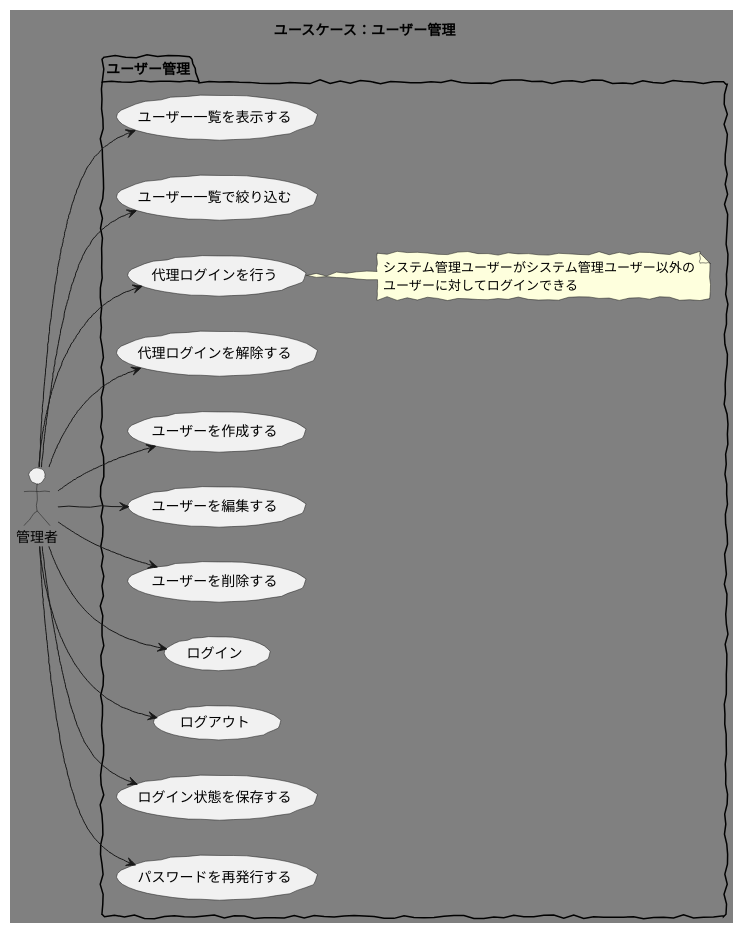
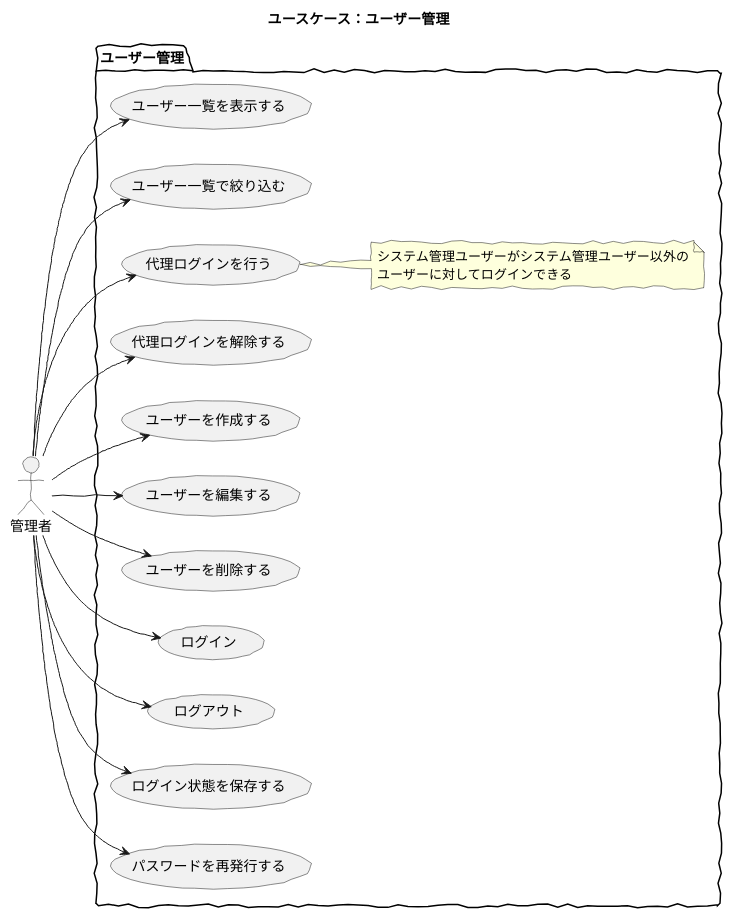
One commit to baserproject/baserproject.github.io changed the diagram in src/puml/5/ucmitz/svg/use_case/users.puml. Above: the diagram before and after it, drawn with PlantUML. The commit also changed 12 other files, not shown here.

```diff
--- a/src/puml/5/ucmitz/svg/use_case/users.puml
+++ b/src/puml/5/ucmitz/svg/use_case/users.puml
@@ -1,28 +1,28 @@
 @startuml
 skinparam handwritten true
-skinparam backgroundColor grey
+skinparam backgroundColor white
 
 title ユースケース：ユーザー管理
 
 actor 管理者
 
 package ユーザー管理 {
 	left to right direction
 	管理者 --> (ユーザー一覧を表示する)
 	管理者 --> (ユーザー一覧で絞り込む)
 	管理者 --> (代理ログインを行う)
 	note right of 代理ログインを行う
 	システム管理ユーザーがシステム管理ユーザー以外の
 	ユーザーに対してログインできる
 	endnote
 	管理者 --> (代理ログインを解除する)
 	管理者 --> (ユーザーを作成する)
 	管理者 --> (ユーザーを編集する)
 	管理者 --> (ユーザーを削除する)
 	管理者 --> (ログイン)
 	管理者 --> (ログアウト)
 	管理者 --> (ログイン状態を保存する)
 	管理者 --> (パスワードを再発行する)
 }
 
 @enduml
```
